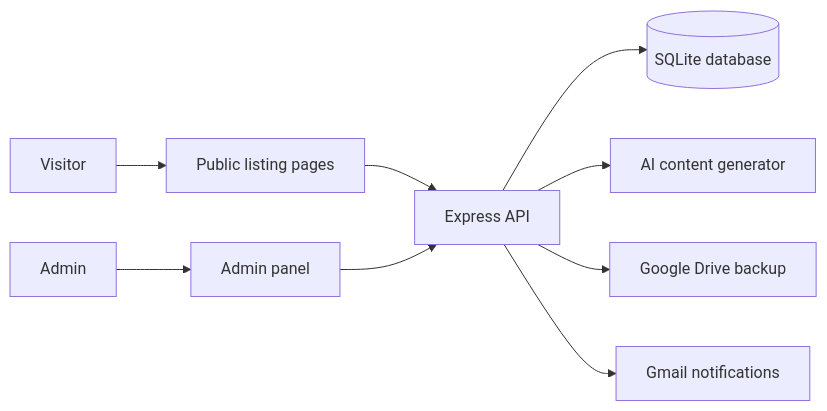
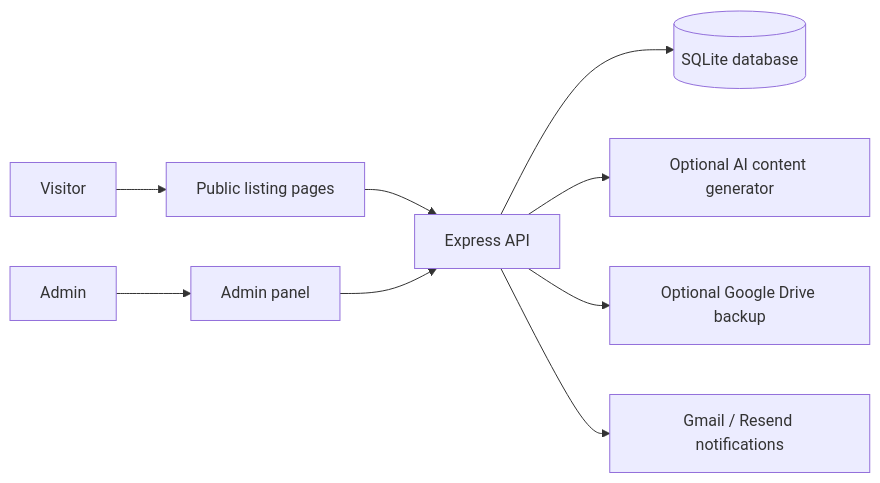
The diagram in README.md (malickland-304/wv-property-intelligence), drawn with Mermaid before and after one commit. The commit also changed other lines of this file and 1 other file, not shown here.

Commit message:
docs: apply PR #134 review-thread README suggestions

````diff
--- a/README.md
+++ b/README.md
@@ -26,11 +26,11 @@
 ```mermaid
 flowchart LR
   visitor[Visitor] --> publicPages[Public listing pages]
   admin[Admin] --> adminPanel[Admin panel]
   publicPages --> api[Express API]
   adminPanel --> api
   api --> db[(SQLite database)]
-  api --> ai[AI content generator]
-  api --> drive[Google Drive backup]
-  api --> gmail[Gmail notifications]
+  api --> ai[Optional AI content generator]
+  api --> drive[Optional Google Drive backup]
+  api --> email[Gmail / Resend notifications]
 ```
````
